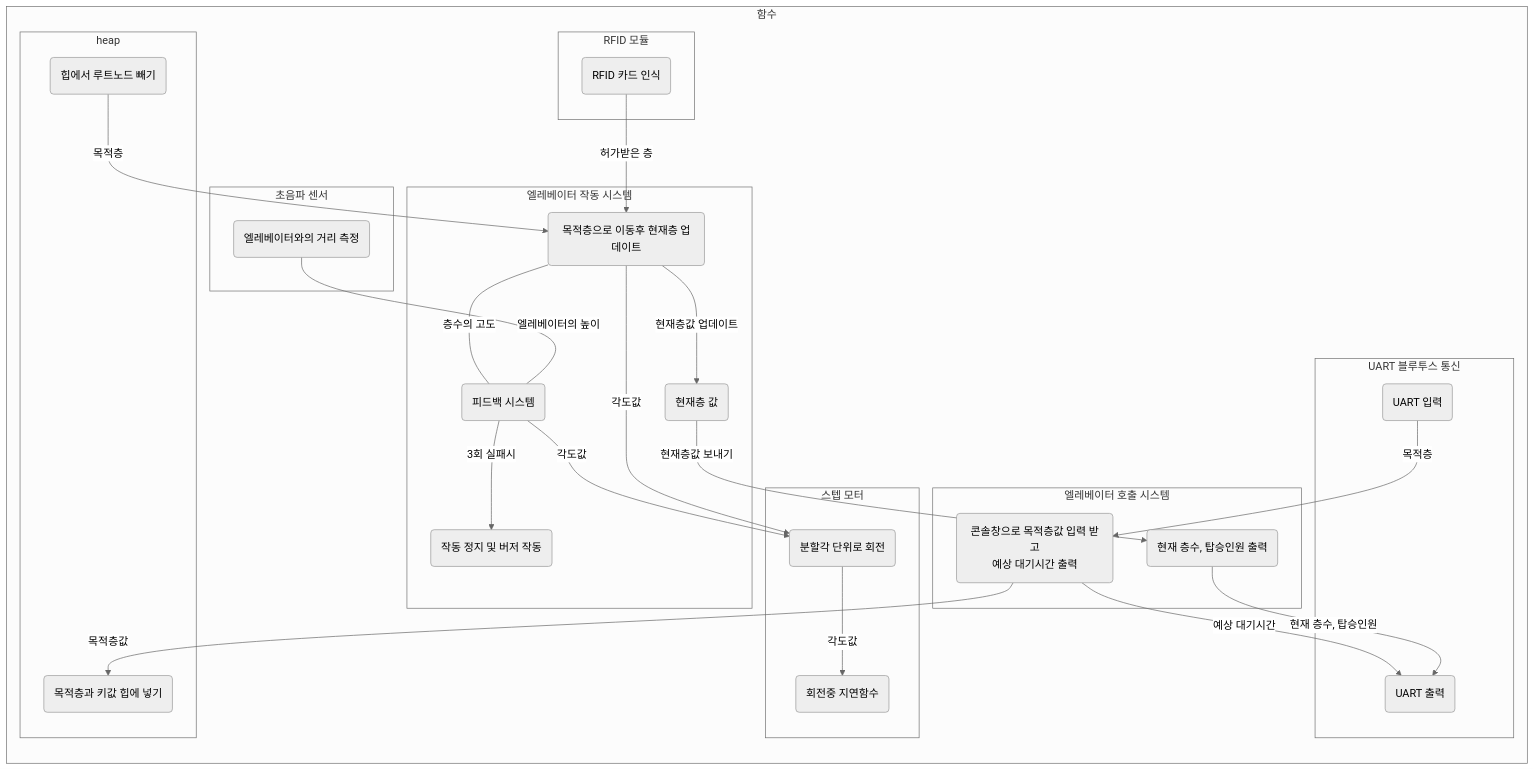
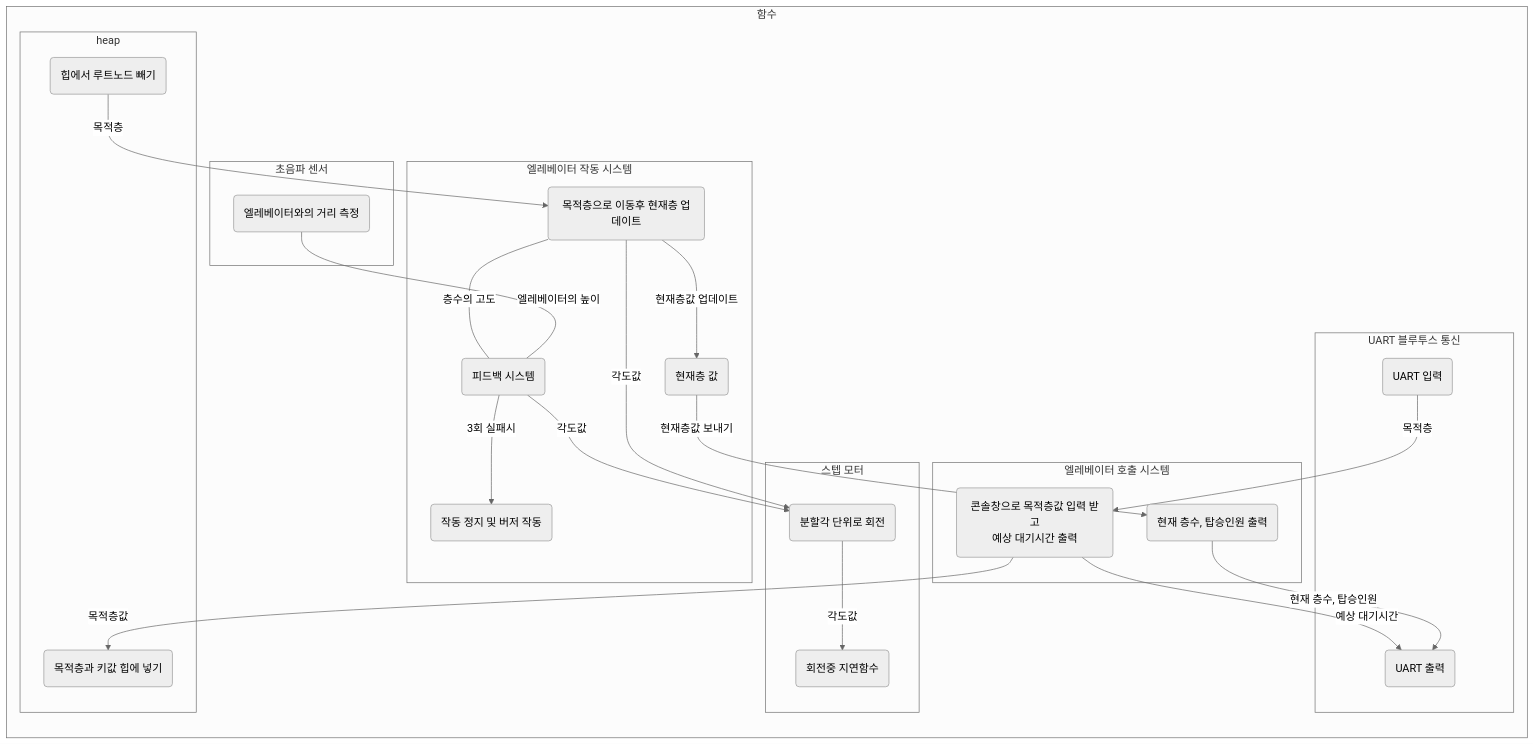
Before and after one commit to MiiKiyoshi/smart_elevator-stm32f7676: the first of 2 diagrams in README.md, drawn with Mermaid. The commit also changed other lines of this file and 1 other file, not shown here.

Commit message:
git 추가

```diff
--- a/README.md
+++ b/README.md
@@ -63,9 +65,6 @@
 		subgraph I[UART 블루투스 통신]
 			I_a(UART 입력)
 			I_b(UART 출력)
-		end	
-		subgraph H[RFID 모듈]
-			H_a(RFID 카드 인식)
 		end	
 		subgraph G[초음파 센서]
 			G_a(엘레베이터와의 거리 측정)
@@ -117,9 +116,6 @@
 	%%피드백 시스템%%
 	E_b ---|층수의 고도| E_c 
 	
-	%%RFID 모듈%%
-	H_a -->|허가받은 층| E_b
-	
 	%%작동 정지 및 버저 작동%%
 	E_c -->|3회 실패시| E_d
 	
```
